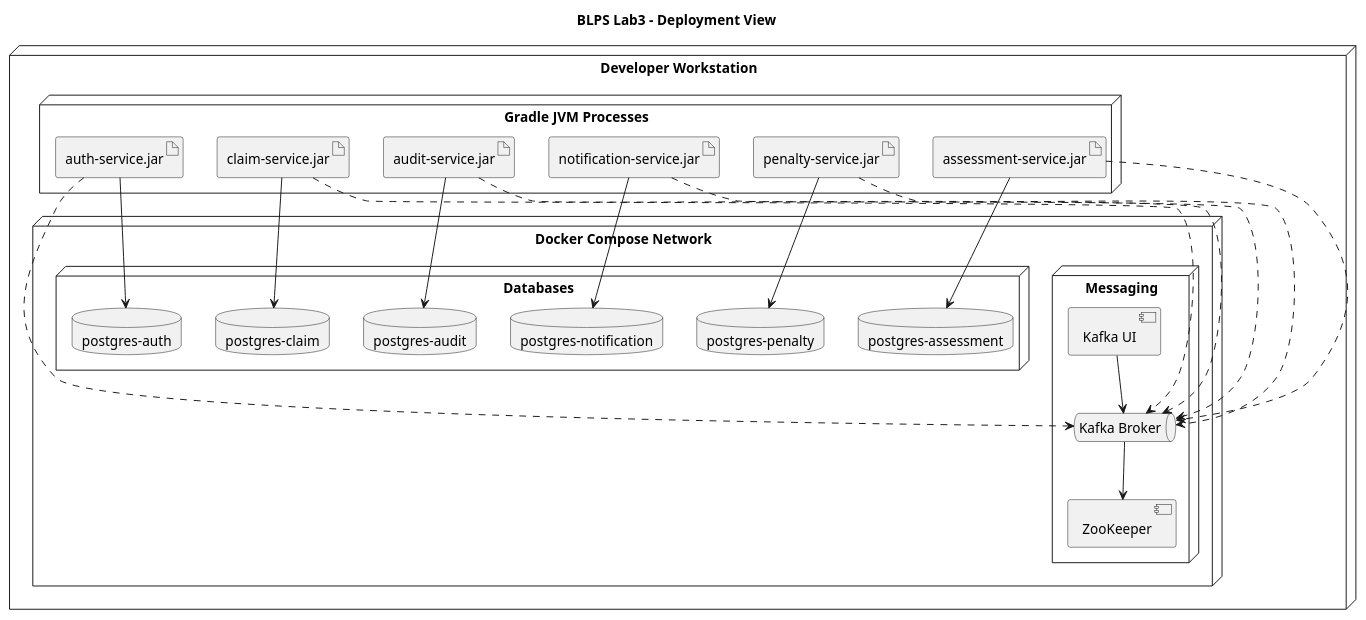
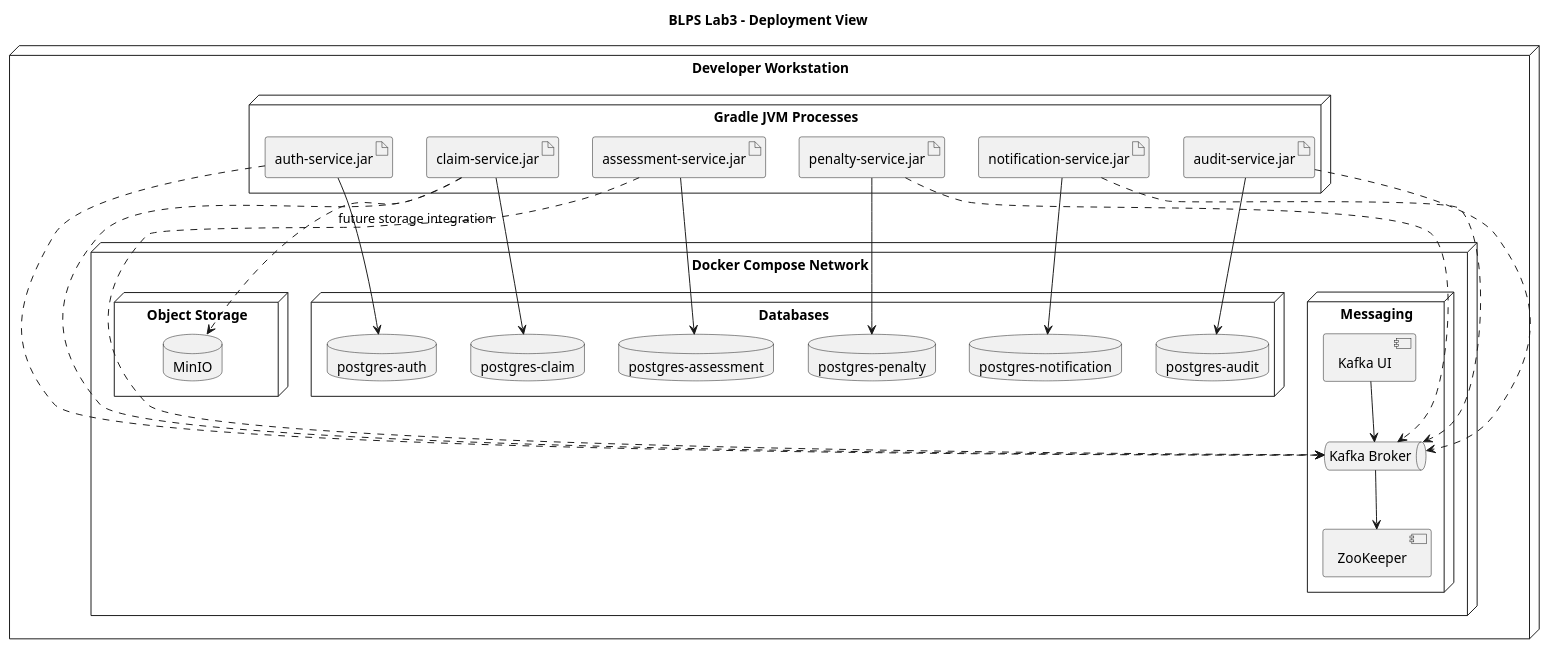
One commit to r4m63/blps-itmo changed the diagram in docs/uml/deployment-view.puml. Above: the diagram before and after it, drawn with PlantUML. The commit also changed 86 other files, not shown here.

```diff
--- a/docs/uml/deployment-view.puml
+++ b/docs/uml/deployment-view.puml
@@ -1,53 +1,58 @@
 @startuml
 title BLPS Lab3 - Deployment View
 
 top to bottom direction
 skinparam packageStyle rectangle
 skinparam shadowing false
 
 node "Developer Workstation" {
   node "Gradle JVM Processes" {
     artifact "auth-service.jar" as AuthJar
     artifact "claim-service.jar" as ClaimJar
     artifact "assessment-service.jar" as AssessmentJar
     artifact "penalty-service.jar" as PenaltyJar
     artifact "notification-service.jar" as NotificationJar
     artifact "audit-service.jar" as AuditJar
   }
 
   node "Docker Compose Network" {
     node "Messaging" {
       component "ZooKeeper" as ZK
       queue "Kafka Broker" as Kafka
       component "Kafka UI" as KafkaUI
+    }
+
+    node "Object Storage" {
+      database "MinIO" as MinIO
     }
 
     node "Databases" {
       database "postgres-auth" as AuthDB
       database "postgres-claim" as ClaimDB
       database "postgres-assessment" as AssessmentDB
       database "postgres-penalty" as PenaltyDB
       database "postgres-notification" as NotificationDB
       database "postgres-audit" as AuditDB
     }
   }
 }
 
 AuthJar --> AuthDB
 ClaimJar --> ClaimDB
 AssessmentJar --> AssessmentDB
 PenaltyJar --> PenaltyDB
 NotificationJar --> NotificationDB
 AuditJar --> AuditDB
 
 AuthJar ..> Kafka
 ClaimJar ..> Kafka
 AssessmentJar ..> Kafka
 PenaltyJar ..> Kafka
 NotificationJar ..> Kafka
 AuditJar ..> Kafka
 
 Kafka --> ZK
 KafkaUI --> Kafka
+ClaimJar ..> MinIO : future storage integration
 
 @enduml
```
